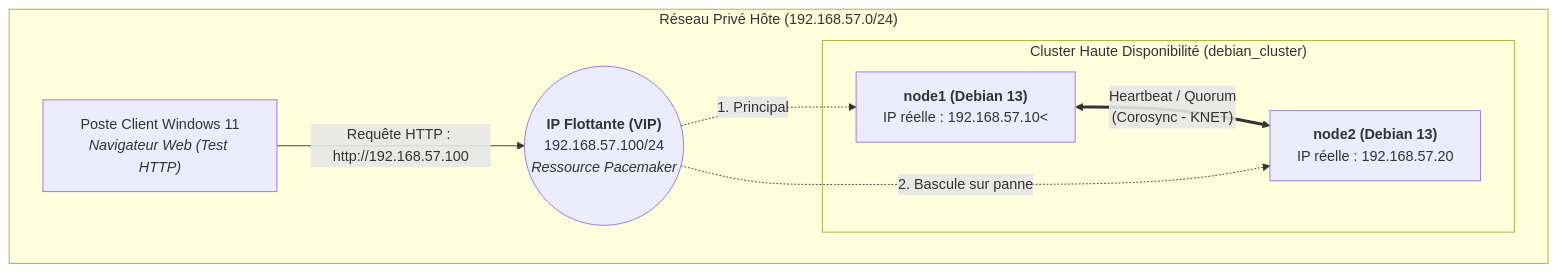
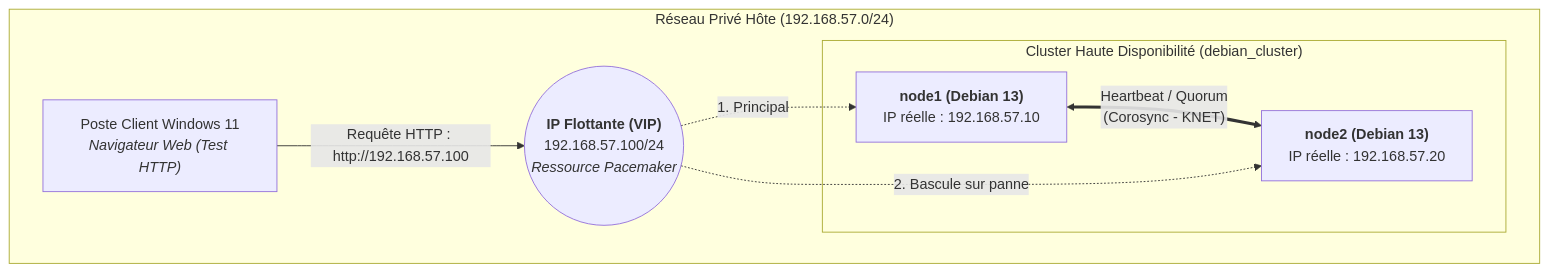
The diagram in docs/coro.md (Loris-Kuj0/doc-sio), drawn with Mermaid before and after one commit.

Commit message:
coroXé

````diff
--- a/docs/coro.md
+++ b/docs/coro.md
@@ -24,18 +24,18 @@
 ```mermaid
 graph TD
     subgraph LAN ["Réseau Privé Hôte (192.168.57.0/24)"]
         Client["Poste Client Windows 11<br/><i>Navigateur Web (Test HTTP)</i>"]
         VIP(("<b>IP Flottante (VIP)</b><br/>192.168.57.100/24<br/><i>Ressource Pacemaker</i>"))
 
         subgraph CLUSTER ["Cluster Haute Disponibilité (debian_cluster)"]
-            N1["<b>node1 (Debian 13)</b><br/>IP réelle : 192.168.57.10<</i>"]
+            N1["<b>node1 (Debian 13)</b><br/>IP réelle : 192.168.57.10</i>"]
             N2["<b>node2 (Debian 13)</b><br/>IP réelle : 192.168.57.20</i>"]
             
             N1 <==>|"Heartbeat / Quorum<br/>(Corosync - KNET)"| N2
         end
 
         Client -->|Requête HTTP : http://192.168.57.100| VIP
         VIP -.->|"1. Principal"| N1
         VIP -.->|"2. Bascule sur panne"| N2
     end
 ```
````
